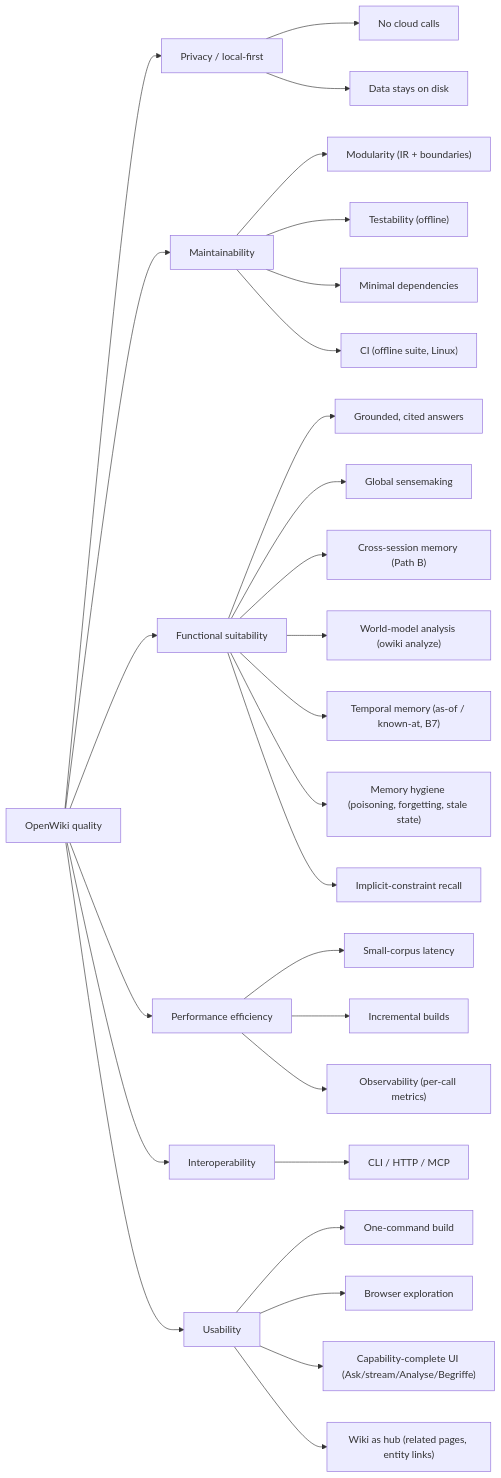
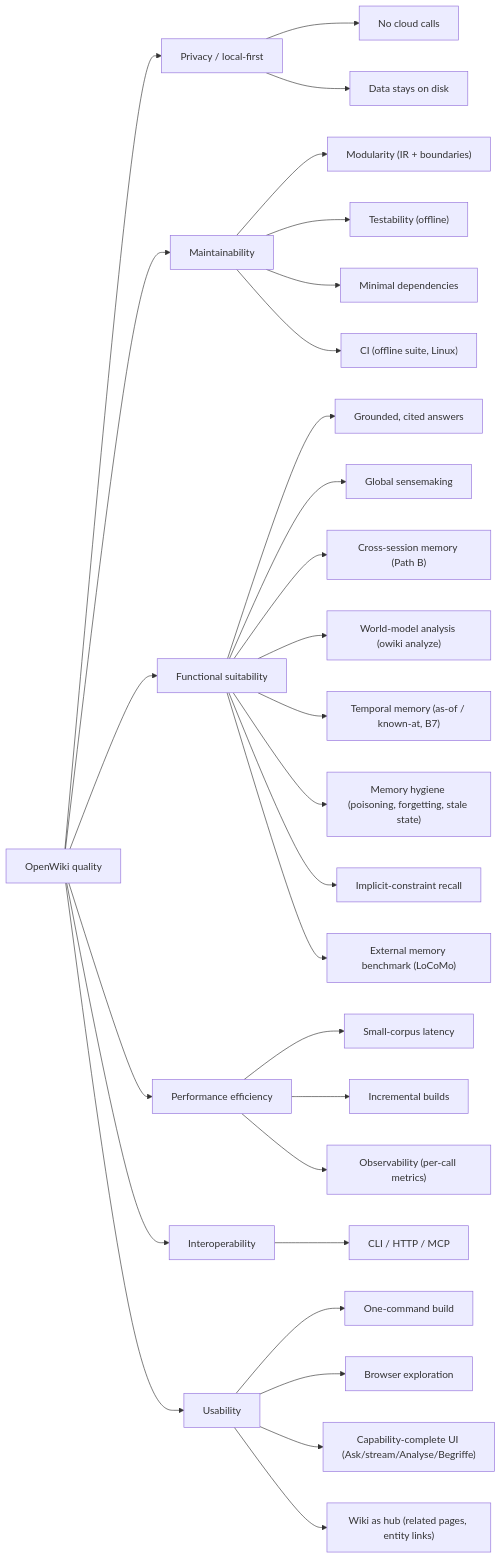
Before and after one commit to Neuroant/OpenWiki: the diagram in docs/arc42/10-quality-requirements.md, drawn with Mermaid. The commit also changed other lines of this file and 8 other files, not shown here.

````diff
--- a/docs/arc42/10-quality-requirements.md
+++ b/docs/arc42/10-quality-requirements.md
@@ -8,20 +8,21 @@
 ```mermaid
 flowchart LR
   Q["OpenWiki quality"]
   Q --> P["Privacy / local-first"]
   Q --> M["Maintainability"]
   Q --> F["Functional suitability"]
   Q --> E["Performance efficiency"]
   Q --> I["Interoperability"]
   Q --> U["Usability"]
   P --> P1["No cloud calls"] & P2["Data stays on disk"]
   M --> M1["Modularity (IR + boundaries)"] & M2["Testability (offline)"] & M3["Minimal dependencies"]
   F --> F1["Grounded, cited answers"] & F2["Global sensemaking"] & F3["Cross-session memory (Path B)"]
   F --> F4["World-model analysis (owiki analyze)"] & F5["Temporal memory (as-of / known-at, B7)"]
   F --> F6["Memory hygiene (poisoning, forgetting, stale state)"] & F7["Implicit-constraint recall"]
+  F --> F8["External memory benchmark (LoCoMo)"]
   E --> E1["Small-corpus latency"] & E2["Incremental builds"] & E3["Observability (per-call metrics)"]
   M --> M4["CI (offline suite, Linux)"]
   I --> I1["CLI / HTTP / MCP"]
   U --> U1["One-command build"] & U2["Browser exploration"] & U3["Capability-complete UI (Ask/stream/Analyse/Begriffe)"]
   U --> U4["Wiki as hub (related pages, entity links)"]
 ```
````
